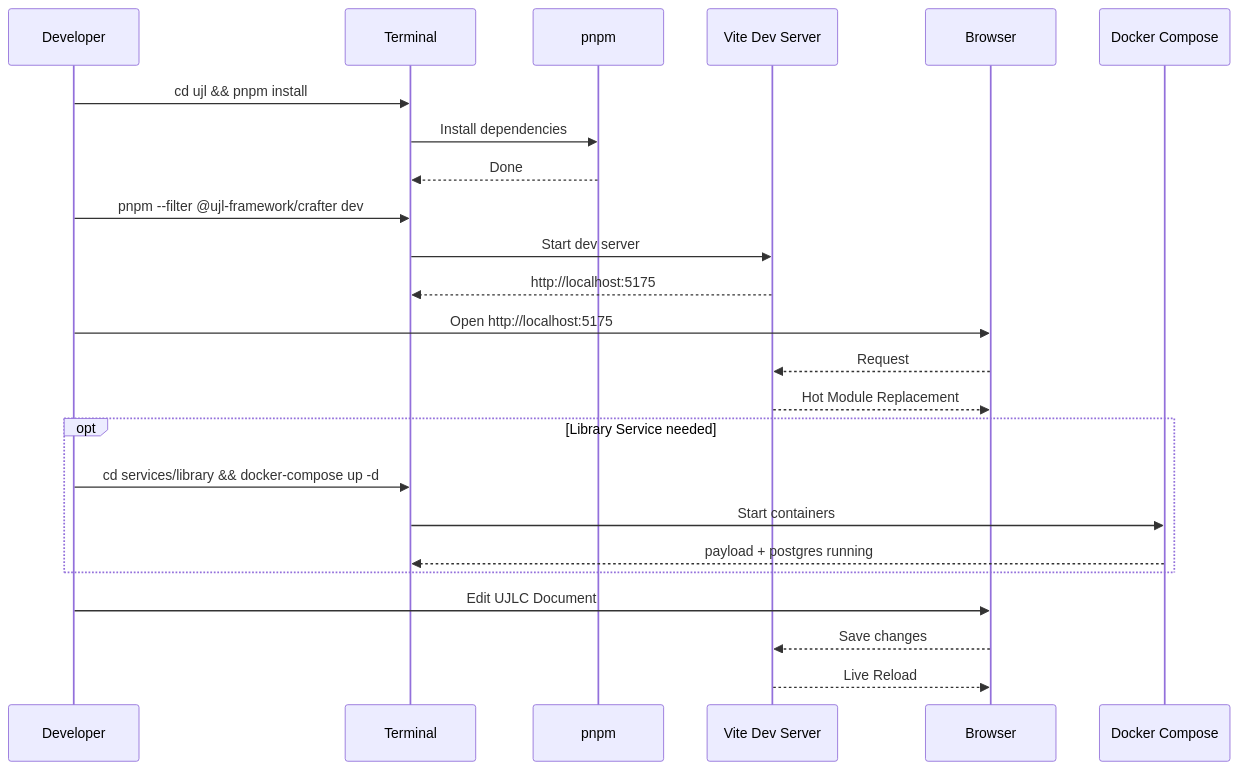
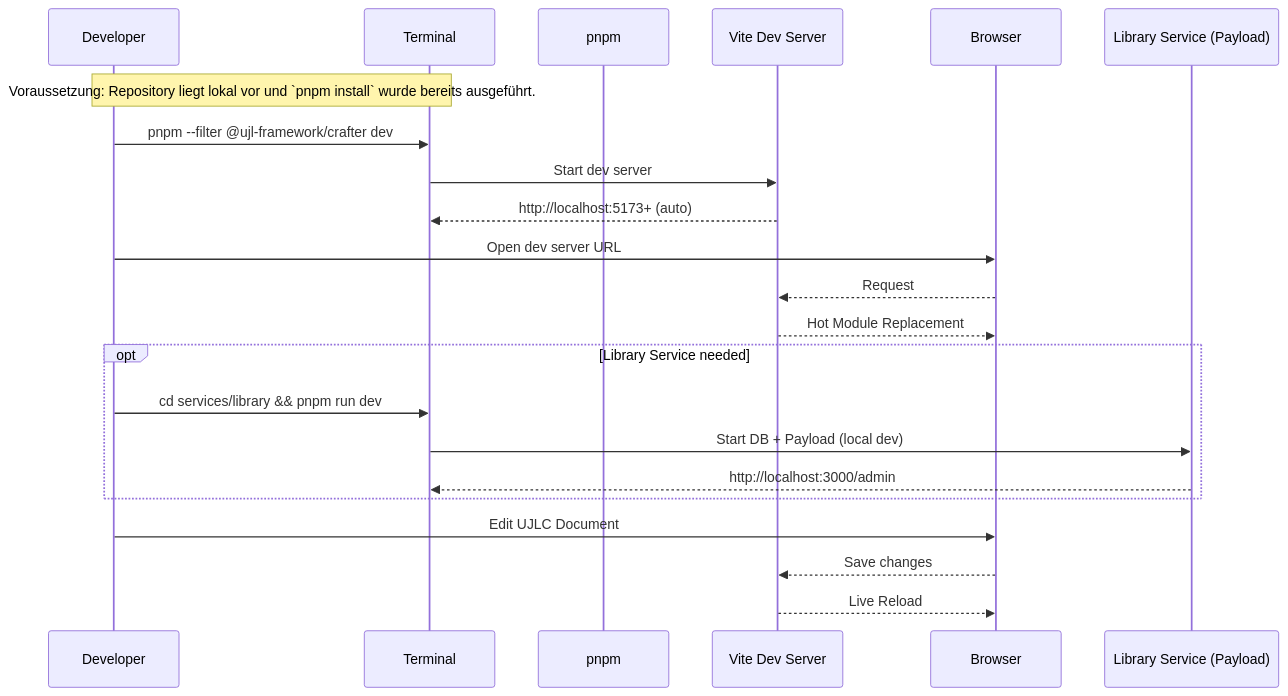
The fifth of 9 diagrams in apps/docs/src/arc42/07-deployment-view.md (mainzcript/ujl), drawn with Mermaid before and after one commit. The commit also changed other lines of this file and 2 other files, not shown here.

Commit message:
refactor: update deployment documentation to clarify the architecture of the UJL framework, including changes to the Library Service setup, PostgreSQL configuration, and Docker Compose usage, while enhancing clarity and consistency across sections

````diff
--- a/apps/docs/src/arc42/07-deployment-view.md
+++ b/apps/docs/src/arc42/07-deployment-view.md
@@ -361,31 +342,29 @@
 ```mermaid
 sequenceDiagram
     participant Dev as Developer
     participant Terminal as Terminal
     participant PNPM as pnpm
     participant ViteDev as Vite Dev Server
     participant Browser as Browser
-    participant Docker as Docker Compose
+    participant Library as Library Service (Payload)
 
-    Dev->>Terminal: cd ujl && pnpm install
-    Terminal->>PNPM: Install dependencies
-    PNPM-->>Terminal: Done
+    Note over Dev,Terminal: Voraussetzung: Repository liegt lokal vor und `pnpm install` wurde bereits ausgeführt.
 
     Dev->>Terminal: pnpm --filter @ujl-framework/crafter dev
     Terminal->>ViteDev: Start dev server
-    ViteDev-->>Terminal: http://localhost:5175
+    ViteDev-->>Terminal: http://localhost:5173+ (auto)
 
-    Dev->>Browser: Open http://localhost:5175
+    Dev->>Browser: Open dev server URL
     Browser-->>ViteDev: Request
     ViteDev-->>Browser: Hot Module Replacement
 
     opt Library Service needed
-        Dev->>Terminal: cd services/library && docker-compose up -d
-        Terminal->>Docker: Start containers
-        Docker-->>Terminal: payload + postgres running
+        Dev->>Terminal: cd services/library && pnpm run dev
+        Terminal->>Library: Start DB + Payload (local dev)
+        Library-->>Terminal: http://localhost:3000/admin
     end
 
     Dev->>Browser: Edit UJLC Document
     Browser-->>ViteDev: Save changes
     ViteDev-->>Browser: Live Reload
 ```
````
